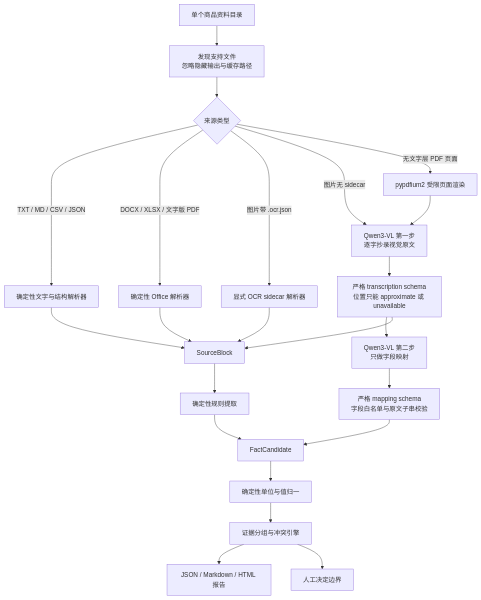
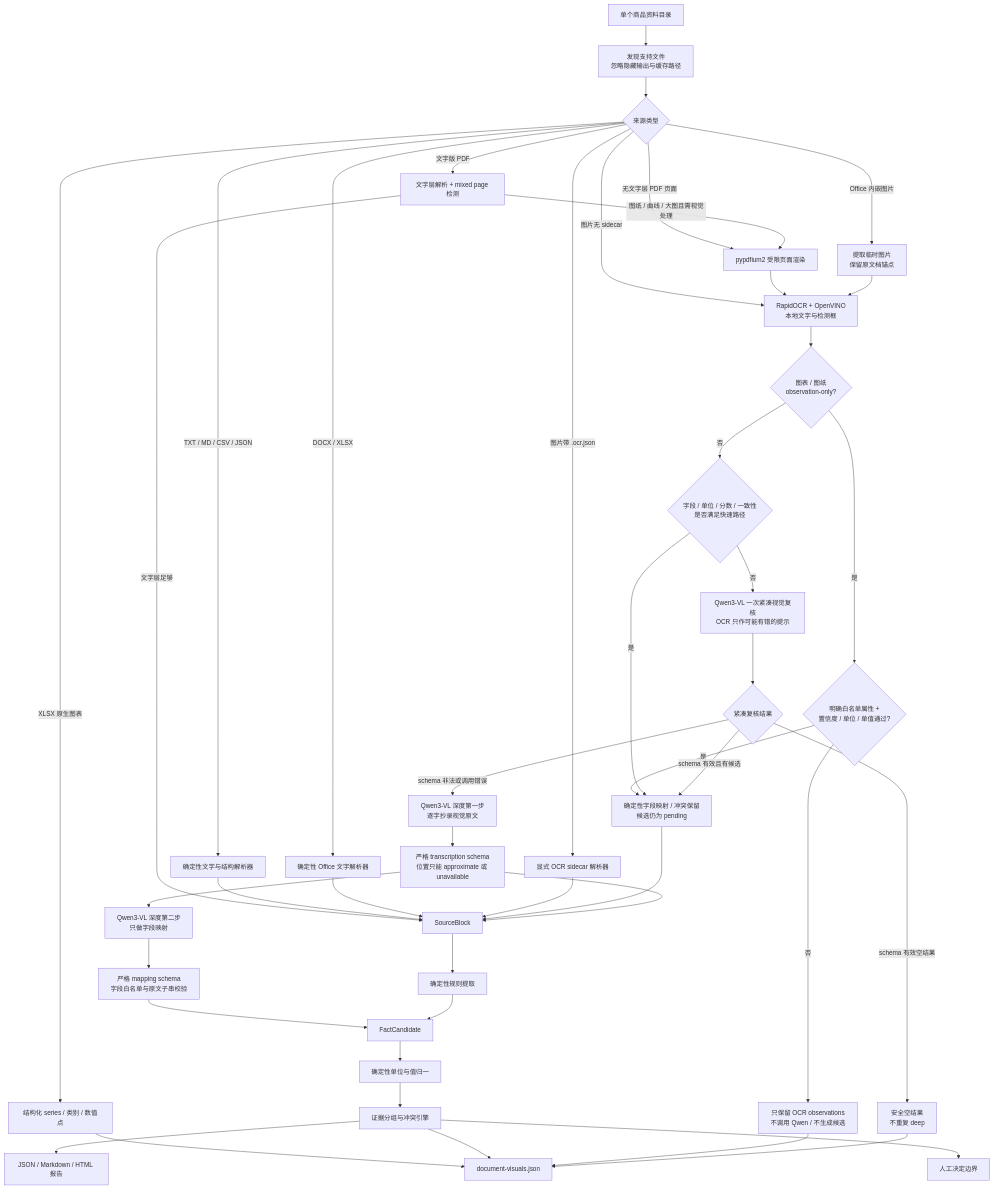
One commit to tianhao8687/product-evidence-guard changed the third of 5 diagrams in docs/ARCHITECTURE.md. Above: the diagram before and after it, drawn with Mermaid. The commit also changed other lines of this file and 109 other files, not shown here.

````diff
--- a/docs/ARCHITECTURE.md
+++ b/docs/ARCHITECTURE.md
@@ -123,29 +138,51 @@
 ```mermaid
 flowchart TD
     I["单个商品资料目录"] --> F["发现支持文件<br/>忽略隐藏输出与缓存路径"]
     F --> T{"来源类型"}
 
     T -->|"TXT / MD / CSV / JSON"| DP["确定性文字与结构解析器"]
-    T -->|"DOCX / XLSX / 文字版 PDF"| OP["确定性 Office 解析器"]
+    T -->|"DOCX / XLSX"| OP["确定性 Office 文字解析器"]
+    T -->|"Office 内嵌图片"| OI["提取临时图片<br/>保留原文档锚点"]
+    T -->|"XLSX 原生图表"| XC["结构化 series / 类别 / 数值点"]
+    T -->|"文字版 PDF"| PT["文字层解析 + mixed page 检测"]
     T -->|"图片带 .ocr.json"| OS["显式 OCR sidecar 解析器"]
-    T -->|"图片无 sidecar"| V1["Qwen3-VL 第一步<br/>逐字抄录视觉原文"]
+    T -->|"图片无 sidecar"| OCR["RapidOCR + OpenVINO<br/>本地文字与检测框"]
     T -->|"无文字层 PDF 页面"| PR["pypdfium2 受限页面渲染"]
-    PR --> V1
+    PT -->|"图纸 / 曲线 / 大图且需视觉处理"| PR
+    PT -->|"文字层足够"| B
+    PR --> OCR
+    OI --> OCR
+    XC --> DV["document-visuals.json"]
 
+    OCR --> PURPOSE{"图表 / 图纸<br/>observation-only?"}
+    PURPOSE -->|"是"| OSAFE{"明确白名单属性 +<br/>置信度 / 单位 / 单值通过?"}
+    OSAFE -->|"是"| OM["确定性字段映射 / 冲突保留<br/>候选仍为 pending"]
+    OSAFE -->|"否"| OBS["只保留 OCR observations<br/>不调用 Qwen / 不生成候选"]
+    PURPOSE -->|"否"| SAFE{"字段 / 单位 / 分数 / 一致性<br/>是否满足快速路径"}
+    SAFE -->|"是"| OM
+    SAFE -->|"否"| QR["Qwen3-VL 一次紧凑视觉复核<br/>OCR 只作可能有错的提示"]
+    QR --> QSTATE{"紧凑复核结果"}
+    QSTATE -->|"schema 有效且有候选"| OM
+    QSTATE -->|"schema 有效空结果"| EMPTY["安全空结果<br/>不重复 deep"]
+    QSTATE -->|"schema 非法或调用错误"| V1["Qwen3-VL 深度第一步<br/>逐字抄录视觉原文"]
     V1 --> SV["严格 transcription schema<br/>位置只能 approximate 或 unavailable"]
-    SV --> V2["Qwen3-VL 第二步<br/>只做字段映射"]
+    SV --> V2["Qwen3-VL 深度第二步<br/>只做字段映射"]
     V2 --> MV["严格 mapping schema<br/>字段白名单与原文子串校验"]
 
     DP --> B["SourceBlock"]
     OP --> B
     OS --> B
+    OM --> B
     SV --> B
     MV --> C["FactCandidate"]
     B --> RE["确定性规则提取"]
     RE --> C
 
     C --> N["确定性单位与值归一"]
     N --> G["证据分组与冲突引擎"]
     G --> REP["JSON / Markdown / HTML 报告"]
+    G --> DV
     G --> H["人工决定边界"]
+    OBS --> DV
+    EMPTY --> DV
 ```
````
